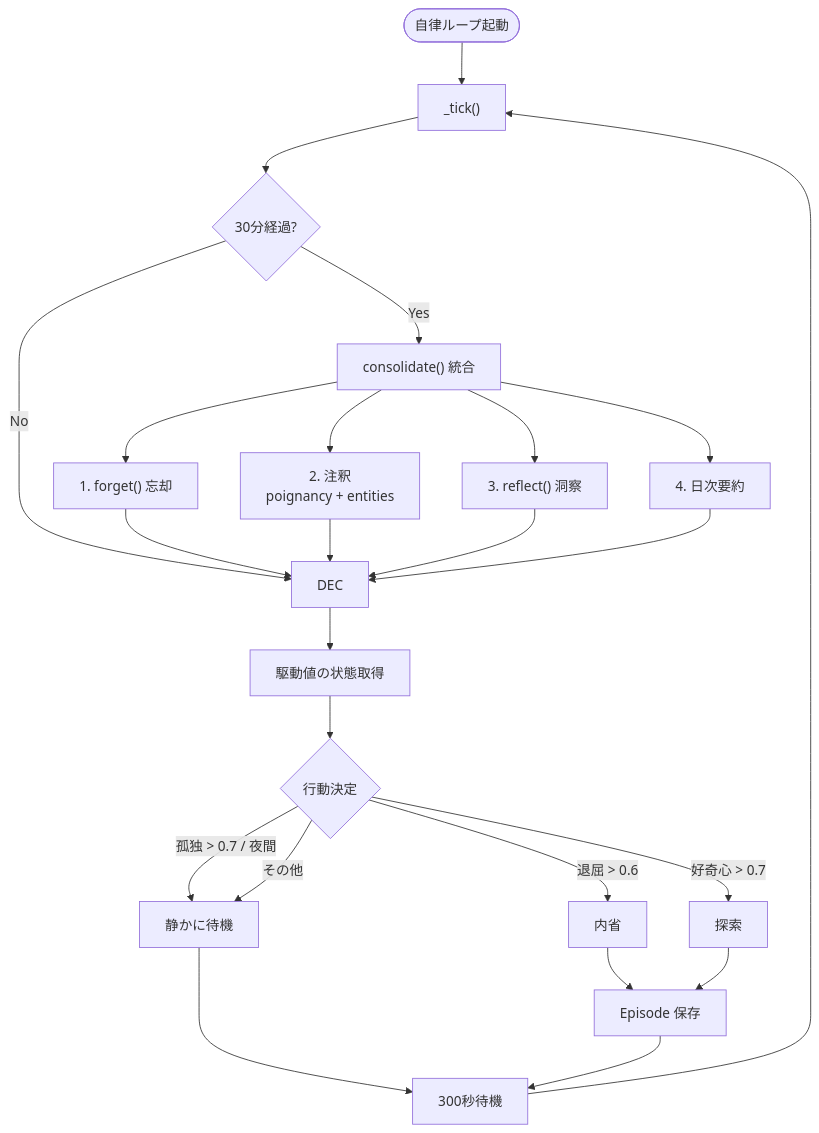
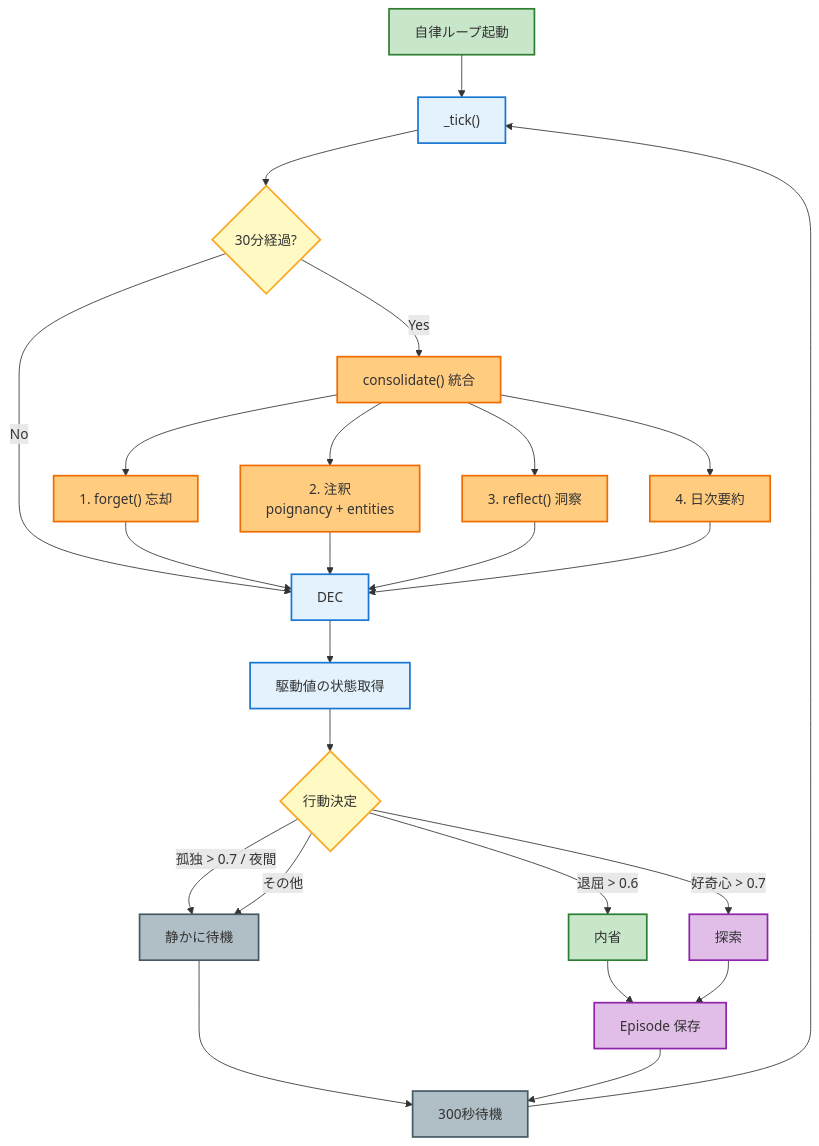
Before and after one commit to kuroron000234/Project-Lucina: the fourth of 4 diagrams in README.md, drawn with Mermaid. The commit also changed other lines of this file, not shown here.

Commit message:
Add color coding to all diagrams for readability

````diff
--- a/README.md
+++ b/README.md
@@ -133,26 +166,43 @@
 ```mermaid
 flowchart TD
-    START(["自律ループ起動"]) --> TICK["_tick()"]
+    START["自律ループ起動"] --> TICK["_tick()"]
     TICK --> CONV{"30分経過?"}
     CONV -- "Yes" --> CONS["consolidate() 統合"]
     CONS --> F1["1. forget() 忘却"]
     CONS --> F2["2. 注釈<br/>poignancy + entities"]
     CONS --> F3["3. reflect() 洞察"]
     CONS --> F4["4. 日次要約"]
     CONV -- "No" --> DEC
     F1 --> DEC
     F2 --> DEC
     F3 --> DEC
     F4 --> DEC
     DEC --> STATE["駆動値の状態取得"]
     STATE --> ACT{"行動決定"}
     ACT -- "退屈 > 0.6" --> R["内省"]
     ACT -- "好奇心 > 0.7" --> X["探索"]
     ACT -- "孤独 > 0.7 / 夜間" --> N["静かに待機"]
     ACT -- "その他" --> N
     R --> SAVE["Episode 保存"]
     X --> SAVE
     N --> SLEEP["300秒待機"]
     SAVE --> SLEEP
     SLEEP --> TICK
+
+    style START fill:#c8e6c9,stroke:#2e7d32,stroke-width:2px
+    style TICK fill:#e3f2fd,stroke:#1976d2,stroke-width:2px
+    style CONV fill:#fff9c4,stroke:#f9a825,stroke-width:2px
+    style CONS fill:#ffcc80,stroke:#ef6c00,stroke-width:2px
+    style F1 fill:#ffcc80,stroke:#ef6c00,stroke-width:2px
+    style F2 fill:#ffcc80,stroke:#ef6c00,stroke-width:2px
+    style F3 fill:#ffcc80,stroke:#ef6c00,stroke-width:2px
+    style F4 fill:#ffcc80,stroke:#ef6c00,stroke-width:2px
+    style DEC fill:#e3f2fd,stroke:#1976d2,stroke-width:2px
+    style STATE fill:#e3f2fd,stroke:#1976d2,stroke-width:2px
+    style ACT fill:#fff9c4,stroke:#f9a825,stroke-width:2px
+    style R fill:#c8e6c9,stroke:#2e7d32,stroke-width:2px
+    style X fill:#e1bee7,stroke:#8e24aa,stroke-width:2px
+    style N fill:#b0bec5,stroke:#455a64,stroke-width:2px
+    style SAVE fill:#e1bee7,stroke:#8e24aa,stroke-width:2px
+    style SLEEP fill:#b0bec5,stroke:#455a64,stroke-width:2px
 ```
````
